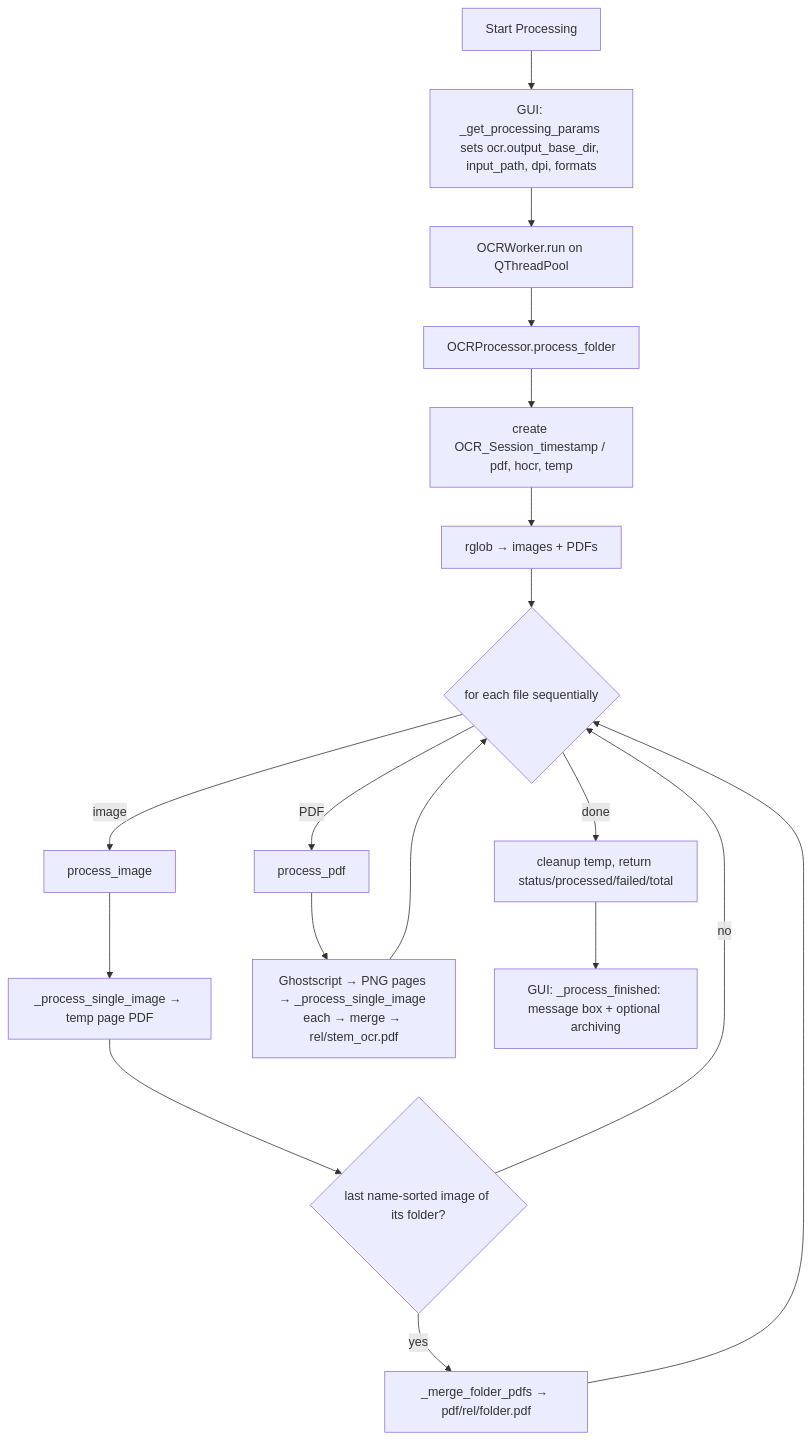
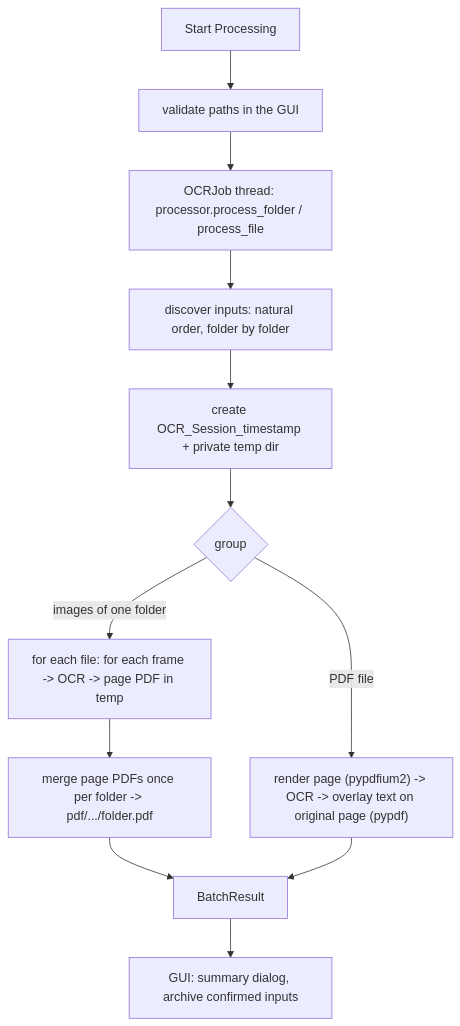
One commit to NeoMatrix14241/VisionLaneOCR changed the second of 2 diagrams in docs/architecture.md. Above: the diagram before and after it, drawn with Mermaid. The commit also changed other lines of this file and 60 other files, not shown here.

Commit message:
Refactor core, GUI and docs per known-issues.md; add tests and repo-local DocTR model cache

````diff
--- a/docs/architecture.md
+++ b/docs/architecture.md
@@ -88,20 +70,14 @@
 ```mermaid
 flowchart TD
-    A[Start Processing] --> B[GUI: _get_processing_params sets ocr.output_base_dir, input_path, dpi, formats]
-    B --> C[OCRWorker.run on QThreadPool]
-    C --> D[OCRProcessor.process_folder]
-    D --> E[create OCR_Session_timestamp / pdf, hocr, temp]
-    E --> F[rglob → images + PDFs]
-    F --> G{for each file sequentially}
-    G -->|image| H[process_image]
-    G -->|PDF| I[process_pdf]
-    H --> J[_process_single_image → temp page PDF]
-    J --> K{last name-sorted image of its folder?}
-    K -->|yes| L[_merge_folder_pdfs → pdf/rel/folder.pdf]
-    K -->|no| G
-    I --> M[Ghostscript → PNG pages → _process_single_image each → merge → rel/stem_ocr.pdf]
-    L --> G
-    M --> G
-    G -->|done| N[cleanup temp, return status/processed/failed/total]
-    N --> O[GUI: _process_finished: message box + optional archiving]
+    A[Start Processing] --> B[validate paths in the GUI]
+    B --> C["OCRJob thread: processor.process_folder / process_file"]
+    C --> D[discover inputs: natural order, folder by folder]
+    D --> E[create OCR_Session_timestamp + private temp dir]
+    E --> F{group}
+    F -->|images of one folder| G[for each file: for each frame -> OCR -> page PDF in temp]
+    G --> H["merge page PDFs once per folder -> pdf/.../folder.pdf"]
+    F -->|PDF file| I["render page (pypdfium2) -> OCR -> overlay text on original page (pypdf)"]
+    H --> J[BatchResult]
+    I --> J
+    J --> K["GUI: summary dialog, archive confirmed inputs"]
 ```
````
